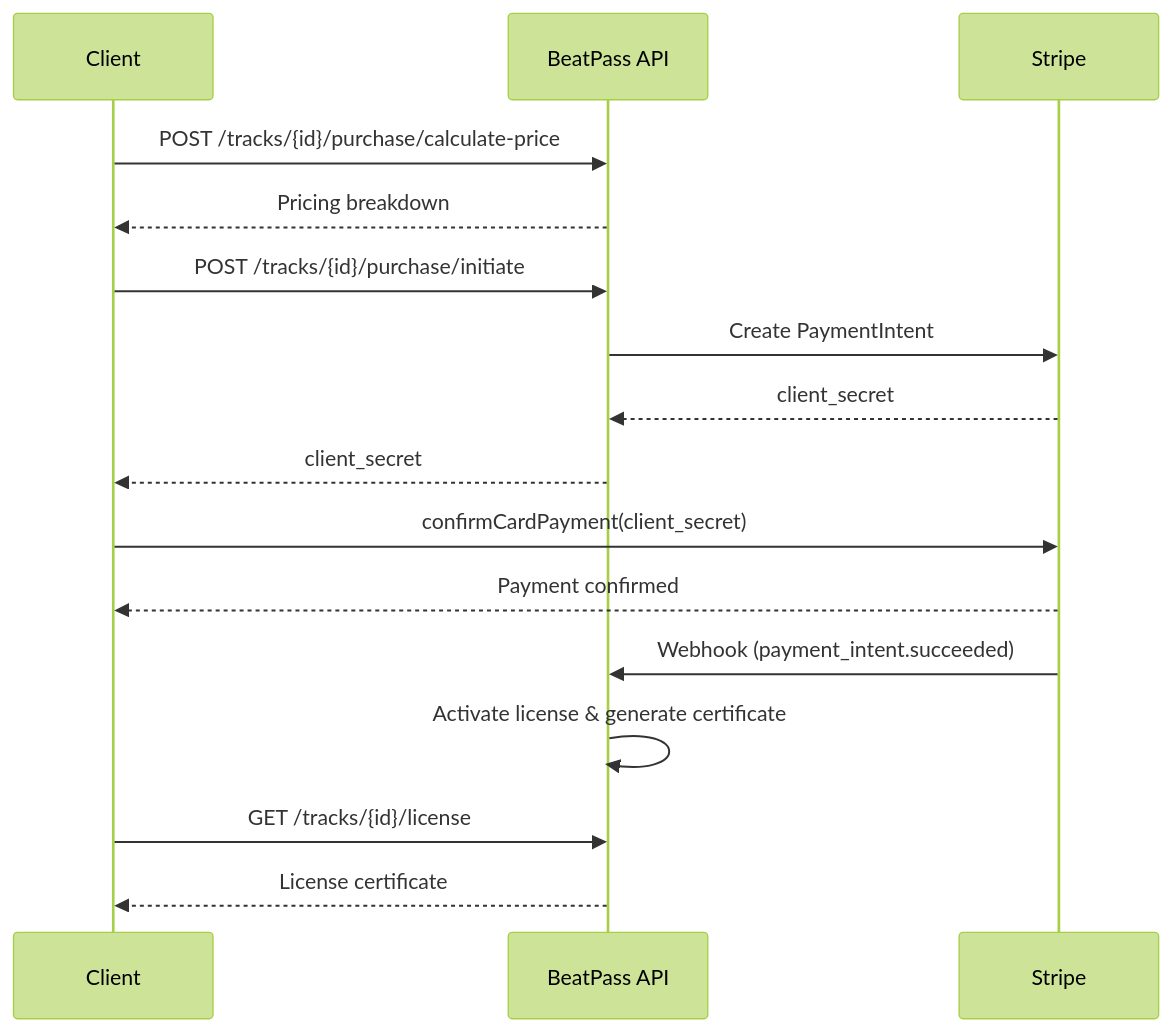
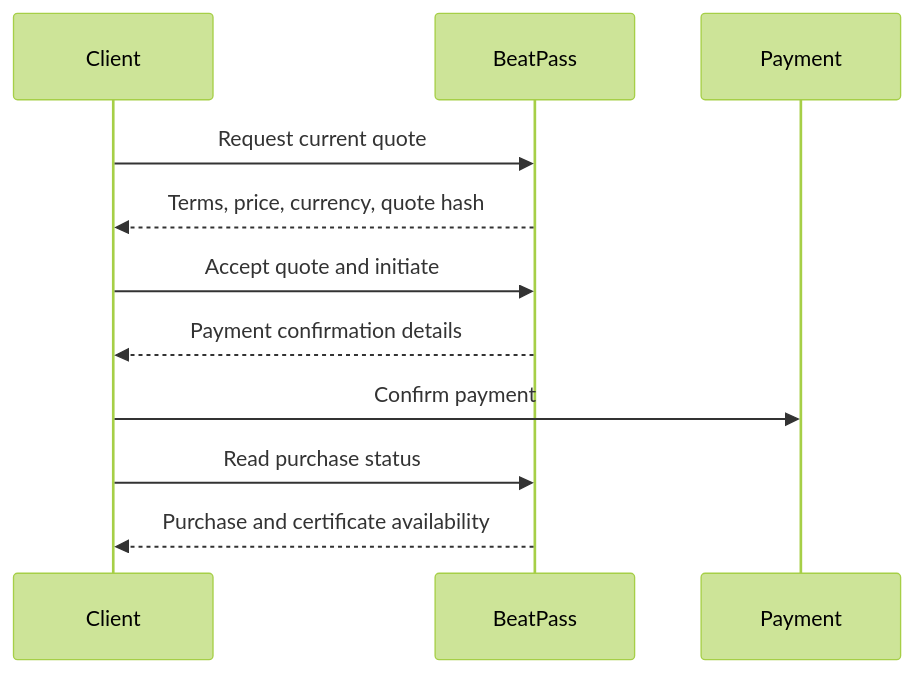
Before and after one commit to alliancewav/BeatPass-Docs: the diagram in developers/api-reference/commerce.mdx, drawn with Mermaid (forest theme). The commit also changed other lines of this file and 580 other files, not shown here.

First line of the commit message:
docs: align Help Center and API reference with BeatPass 4.2.1

````diff
--- a/developers/api-reference/commerce.mdx
+++ b/developers/api-reference/commerce.mdx
@@ -176,19 +154,13 @@
 ```mermaid
 sequenceDiagram
     participant Client
-    participant API as BeatPass API
-    participant Stripe
-
-    Client->>API: POST /tracks/{id}/purchase/calculate-price
-    API-->>Client: Pricing breakdown
-    Client->>API: POST /tracks/{id}/purchase/initiate
-    API->>Stripe: Create PaymentIntent
-    Stripe-->>API: client_secret
-    API-->>Client: client_secret
-    Client->>Stripe: confirmCardPayment(client_secret)
-    Stripe-->>Client: Payment confirmed
-    Stripe->>API: Webhook (payment_intent.succeeded)
-    API->>API: Activate license & generate certificate
-    Client->>API: GET /tracks/{id}/license
-    API-->>Client: License certificate
+    participant BeatPass
+    participant Payment
+    Client->>BeatPass: Request current quote
+    BeatPass-->>Client: Terms, price, currency, quote hash
+    Client->>BeatPass: Accept quote and initiate
+    BeatPass-->>Client: Payment confirmation details
+    Client->>Payment: Confirm payment
+    Client->>BeatPass: Read purchase status
+    BeatPass-->>Client: Purchase and certificate availability
 ```
````
